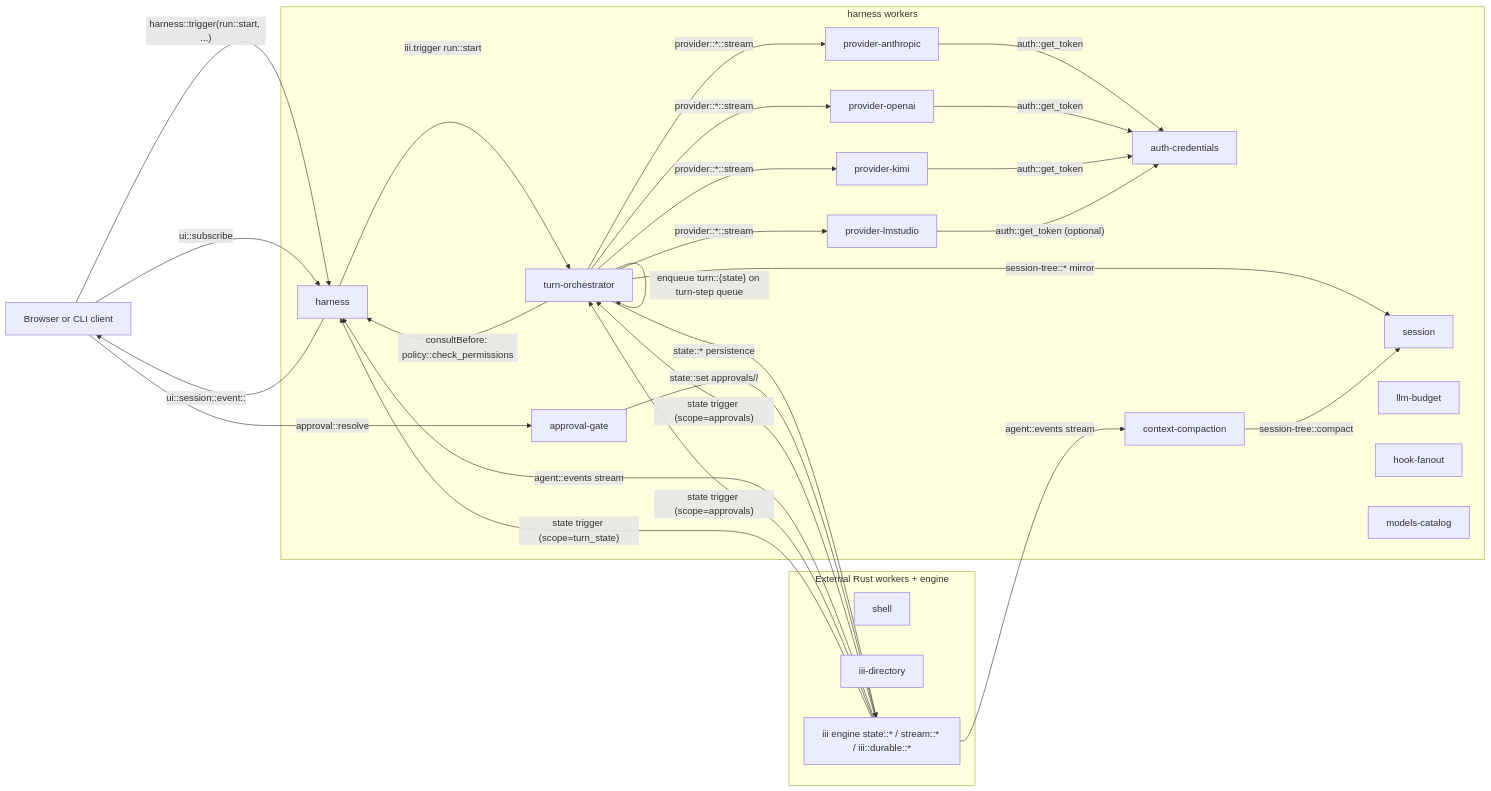
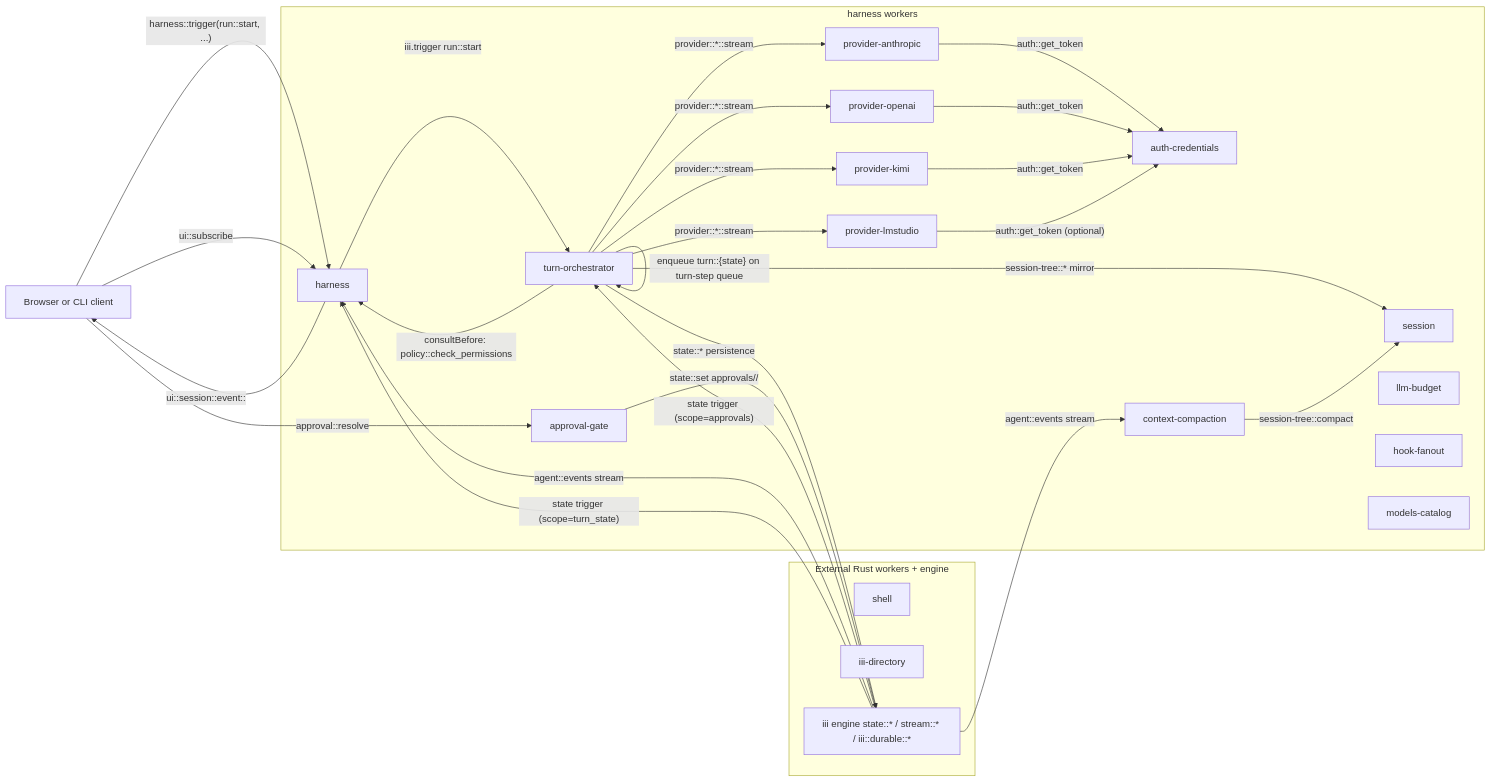
The first of 5 diagrams in harness/docs/architecture.md (iii-hq/workers), drawn with Mermaid before and after one commit. The commit also changed other lines of this file and 9 other files, not shown here.

````diff
--- a/harness/docs/architecture.md
+++ b/harness/docs/architecture.md
@@ -37,55 +37,54 @@
 ```mermaid
 flowchart LR
   client[Browser or CLI client]
 
   subgraph harnessNode [harness workers]
     harness[harness]
     turnOrch[turn-orchestrator]
     approval[approval-gate]
     session[session]
     budget[llm-budget]
     hook[hook-fanout]
     auth[auth-credentials]
     models[models-catalog]
     provAnth[provider-anthropic]
     provOAI[provider-openai]
     provKimi[provider-kimi]
     provLms[provider-lmstudio]
     compact[context-compaction]
   end
 
   subgraph external [External Rust workers + engine]
     shell[shell]
     directory[iii-directory]
     state["iii engine state::* / stream::* / iii::durable::*"]
   end
 
   client -- "harness::trigger(run::start, ...)" --> harness
   harness -- "iii.trigger run::start" --> turnOrch
   client -- "ui::subscribe" --> harness
 
   turnOrch -- "provider::*::stream" --> provAnth
   turnOrch -- "provider::*::stream" --> provOAI
   turnOrch -- "provider::*::stream" --> provKimi
   turnOrch -- "provider::*::stream" --> provLms
   turnOrch -- "consultBefore: policy::check_permissions" --> harness
   turnOrch -- "session-tree::* mirror" --> session
   turnOrch -- "state::* persistence" --> state
 
   client -- "approval::resolve" --> approval
   approval -- "state::set approvals/<sid>/<cid>" --> state
   state -- "state trigger (scope=approvals)" --> turnOrch
   turnOrch -- "enqueue turn::{state} on turn-step queue" --> turnOrch
 
   provAnth -- "auth::get_token" --> auth
   provOAI -- "auth::get_token" --> auth
   provKimi -- "auth::get_token" --> auth
   provLms -- "auth::get_token (optional)" --> auth
 
   state -- "agent::events stream" --> harness
   state -- "agent::events stream" --> compact
-  state -- "state trigger (scope=approvals)" --> turnOrch
   state -- "state trigger (scope=turn_state)" --> harness
   harness -- "ui::session::event::<browser_id>" --> client
   compact -- "session-tree::compact" --> session
 ```
````
